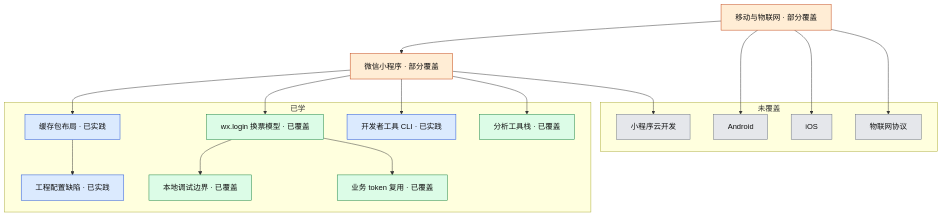
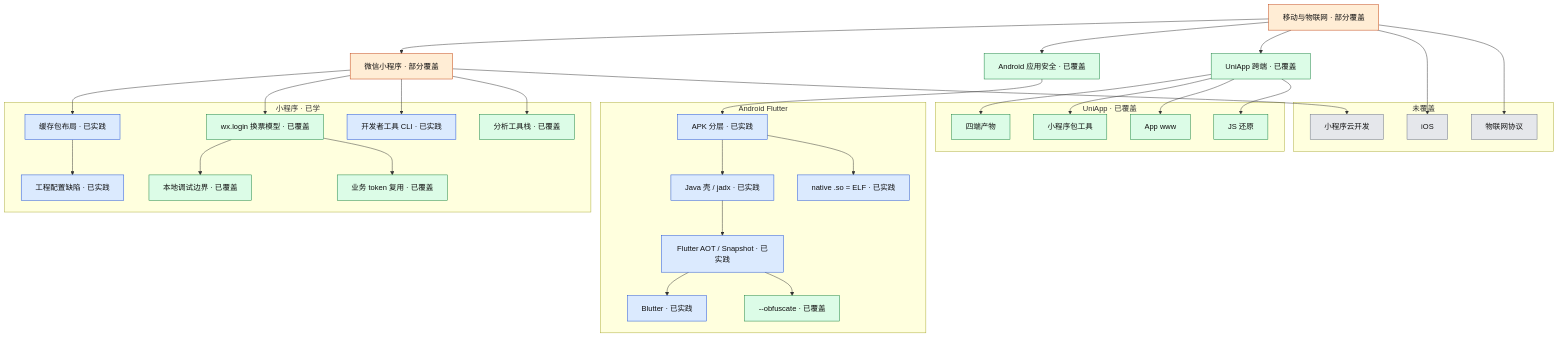
The third of 4 diagrams in graph.md (HubBoys/cybersec-knowledge), drawn with Mermaid before and after one commit. The commit also changed other lines of this file and 11 other files, not shown here.

Commit message:
docs: add RE toolchain, Flutter AOT, UniApp, and mitmproxy notes

````diff
--- a/graph.md
+++ b/graph.md
@@ -135,43 +158,68 @@
 ```mermaid
 flowchart TB
   classDef uncovered fill:#e5e7eb,stroke:#6b7280,color:#111
   classDef covered fill:#dcfce7,stroke:#15803d,color:#111
   classDef practiced fill:#dbeafe,stroke:#1d4ed8,color:#111
   classDef partial fill:#ffedd5,stroke:#c2410c,color:#111
 
   MIOT[移动与物联网 · 部分覆盖]
   MP[微信小程序 · 部分覆盖]
+  ANDD[Android 应用安全 · 已覆盖]
 
-  subgraph done [已学]
+  subgraph mp [小程序 · 已学]
     LAY[缓存包布局 · 已实践]
     CFG[工程配置缺陷 · 已实践]
     LOGIN[wx.login 换票模型 · 已覆盖]
     LIMIT[本地调试边界 · 已覆盖]
     CLI[开发者工具 CLI · 已实践]
     TOK[业务 token 复用 · 已覆盖]
     TOOL[分析工具栈 · 已覆盖]
   end
 
+  subgraph and [Android Flutter]
+    APK[APK 分层 · 已实践]
+    JADX[Java 壳 / jadx · 已实践]
+    AOT[Flutter AOT / Snapshot · 已实践]
+    BL[Blutter · 已实践]
+    OBF[--obfuscate · 已覆盖]
+    ELF[native .so = ELF · 已实践]
+  end
+
+  subgraph uni [UniApp · 已覆盖]
+    UPACK[四端产物]
+    UMP[小程序包工具]
+    UWWW[App www]
+    UJS[JS 还原]
+  end
+
   subgraph todo [未覆盖]
     CLOUD[小程序云开发]
-    AND[Android]
     IOS[iOS]
     IOTDEV[物联网协议]
   end
 
   MIOT --> MP
   MP --> LAY --> CFG
   MP --> LOGIN --> LIMIT
   LOGIN --> TOK
   MP --> CLI
   MP --> TOOL
   MP --> CLOUD
-  MIOT --> AND
+  MIOT --> ANDD
+  ANDD --> APK --> JADX
+  JADX --> AOT --> BL
+  AOT --> OBF
+  APK --> ELF
+  MIOT --> UNI[UniApp 跨端 · 已覆盖]
+  UNI --> UPACK
+  UNI --> UMP
+  UNI --> UWWW
+  UNI --> UJS
   MIOT --> IOS
   MIOT --> IOTDEV
 
-  class LAY,CFG,CLI practiced
-  class LOGIN,LIMIT,TOK,TOOL covered
-  class CLOUD,AND,IOS,IOTDEV uncovered
+  class LAY,CFG,CLI,APK,JADX,AOT,BL,ELF practiced
+  class LOGIN,LIMIT,TOK,TOOL,OBF,ANDD,UNI,UPACK,UMP,UWWW,UJS covered
+  class CLOUD,IOS,IOTDEV uncovered
   class MIOT,MP partial
 ```
````
